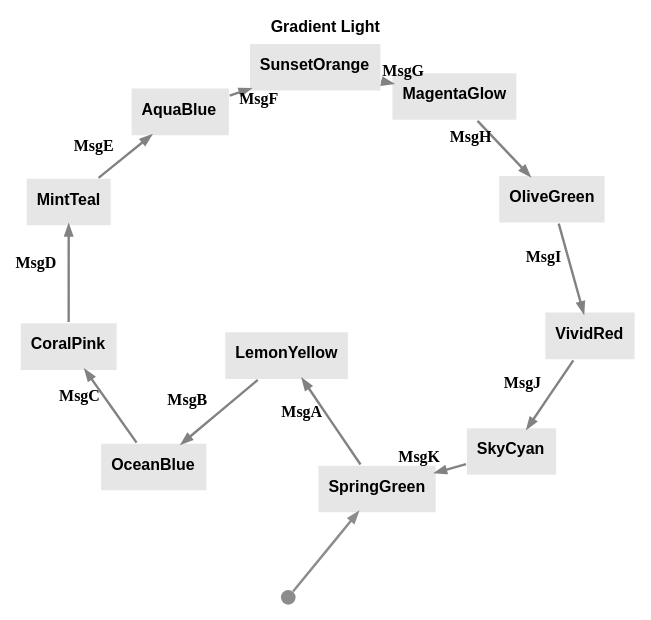
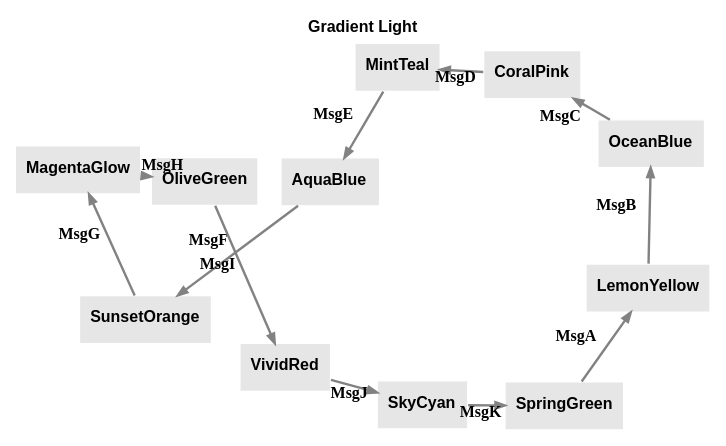
The diagram in graphs/themes/gradient-light.dot (m-bock/purescript-transit), drawn with Graphviz before and after one commit. The commit also changed 31 other files, not shown here.

Commit message:
Enhance Door with Pin examples by introducing dark and light theme graph files. Update README to include new image formats and improve visual representation. Refactor tests to utilize entry points for state transitions, ensuring clarity in documentation and examples.

```diff
--- a/graphs/themes/gradient-light.dot
+++ b/graphs/themes/gradient-light.dot
@@ -1,29 +1,27 @@
 digraph 
 {
 rankdir = "TD";fontname = "Arial";label = <<b>Gradient Light</b>>;labelloc = "t";fontsize = 12;bgcolor = "#ffffff";color = "#000000";fontcolor = "#000000"
 graph [layout=sfdp;overlap=false, K=2.5, repulsiveforce=4, splines=true];
 SpringGreen [shape = "box", label = <<b>SpringGreen</b>>, fontsize = 12, style = "filled", fillcolor = "#e6e6e6", fontcolor = "#000000", color = "#ffffff", fontname = "Arial", labelloc = "c", penwidth = 1.0]
-__Start__ [shape = "circle", label = "", width = 0.15, height = 0.15, fixedsize = true, style = "filled", fillcolor = "#8c8c8c", penwidth = 0.0]
-__Start__ -> SpringGreen [color = "#8c8c8c", fontsize = 12, arrowsize = "0.7", penwidth = 1.8]
 SpringGreen -> LemonYellow [color = "#828282", fontcolor = "#000000", fontsize = 12, arrowsize = "0.7", label = <<b>MsgA</b>>, penwidth = 1.8]
 LemonYellow [shape = "box", label = <<b>LemonYellow</b>>, fontsize = 12, style = "filled", fillcolor = "#e6e6e6", fontcolor = "#000000", color = "#ffffff", fontname = "Arial", labelloc = "c", penwidth = 1.0]
 LemonYellow -> OceanBlue [color = "#828282", fontcolor = "#000000", fontsize = 12, arrowsize = "0.7", label = <<b>MsgB</b>>, penwidth = 1.8]
 OceanBlue [shape = "box", label = <<b>OceanBlue</b>>, fontsize = 12, style = "filled", fillcolor = "#e6e6e6", fontcolor = "#000000", color = "#ffffff", fontname = "Arial", labelloc = "c", penwidth = 1.0]
 OceanBlue -> CoralPink [color = "#828282", fontcolor = "#000000", fontsize = 12, arrowsize = "0.7", label = <<b>MsgC</b>>, penwidth = 1.8]
 CoralPink [shape = "box", label = <<b>CoralPink</b>>, fontsize = 12, style = "filled", fillcolor = "#e6e6e6", fontcolor = "#000000", color = "#ffffff", fontname = "Arial", labelloc = "c", penwidth = 1.0]
 CoralPink -> MintTeal [color = "#828282", fontcolor = "#000000", fontsize = 12, arrowsize = "0.7", label = <<b>MsgD</b>>, penwidth = 1.8]
 MintTeal [shape = "box", label = <<b>MintTeal</b>>, fontsize = 12, style = "filled", fillcolor = "#e6e6e6", fontcolor = "#000000", color = "#ffffff", fontname = "Arial", labelloc = "c", penwidth = 1.0]
 MintTeal -> AquaBlue [color = "#828282", fontcolor = "#000000", fontsize = 12, arrowsize = "0.7", label = <<b>MsgE</b>>, penwidth = 1.8]
 AquaBlue [shape = "box", label = <<b>AquaBlue</b>>, fontsize = 12, style = "filled", fillcolor = "#e6e6e6", fontcolor = "#000000", color = "#ffffff", fontname = "Arial", labelloc = "c", penwidth = 1.0]
 AquaBlue -> SunsetOrange [color = "#828282", fontcolor = "#000000", fontsize = 12, arrowsize = "0.7", label = <<b>MsgF</b>>, penwidth = 1.8]
 SunsetOrange [shape = "box", label = <<b>SunsetOrange</b>>, fontsize = 12, style = "filled", fillcolor = "#e6e6e6", fontcolor = "#000000", color = "#ffffff", fontname = "Arial", labelloc = "c", penwidth = 1.0]
 SunsetOrange -> MagentaGlow [color = "#828282", fontcolor = "#000000", fontsize = 12, arrowsize = "0.7", label = <<b>MsgG</b>>, penwidth = 1.8]
 MagentaGlow [shape = "box", label = <<b>MagentaGlow</b>>, fontsize = 12, style = "filled", fillcolor = "#e6e6e6", fontcolor = "#000000", color = "#ffffff", fontname = "Arial", labelloc = "c", penwidth = 1.0]
 MagentaGlow -> OliveGreen [color = "#828282", fontcolor = "#000000", fontsize = 12, arrowsize = "0.7", label = <<b>MsgH</b>>, penwidth = 1.8]
 OliveGreen [shape = "box", label = <<b>OliveGreen</b>>, fontsize = 12, style = "filled", fillcolor = "#e6e6e6", fontcolor = "#000000", color = "#ffffff", fontname = "Arial", labelloc = "c", penwidth = 1.0]
 OliveGreen -> VividRed [color = "#828282", fontcolor = "#000000", fontsize = 12, arrowsize = "0.7", label = <<b>MsgI</b>>, penwidth = 1.8]
 VividRed [shape = "box", label = <<b>VividRed</b>>, fontsize = 12, style = "filled", fillcolor = "#e6e6e6", fontcolor = "#000000", color = "#ffffff", fontname = "Arial", labelloc = "c", penwidth = 1.0]
 VividRed -> SkyCyan [color = "#828282", fontcolor = "#000000", fontsize = 12, arrowsize = "0.7", label = <<b>MsgJ</b>>, penwidth = 1.8]
 SkyCyan [shape = "box", label = <<b>SkyCyan</b>>, fontsize = 12, style = "filled", fillcolor = "#e6e6e6", fontcolor = "#000000", color = "#ffffff", fontname = "Arial", labelloc = "c", penwidth = 1.0]
 SkyCyan -> SpringGreen [color = "#828282", fontcolor = "#000000", fontsize = 12, arrowsize = "0.7", label = <<b>MsgK</b>>, penwidth = 1.8]
 }
```
